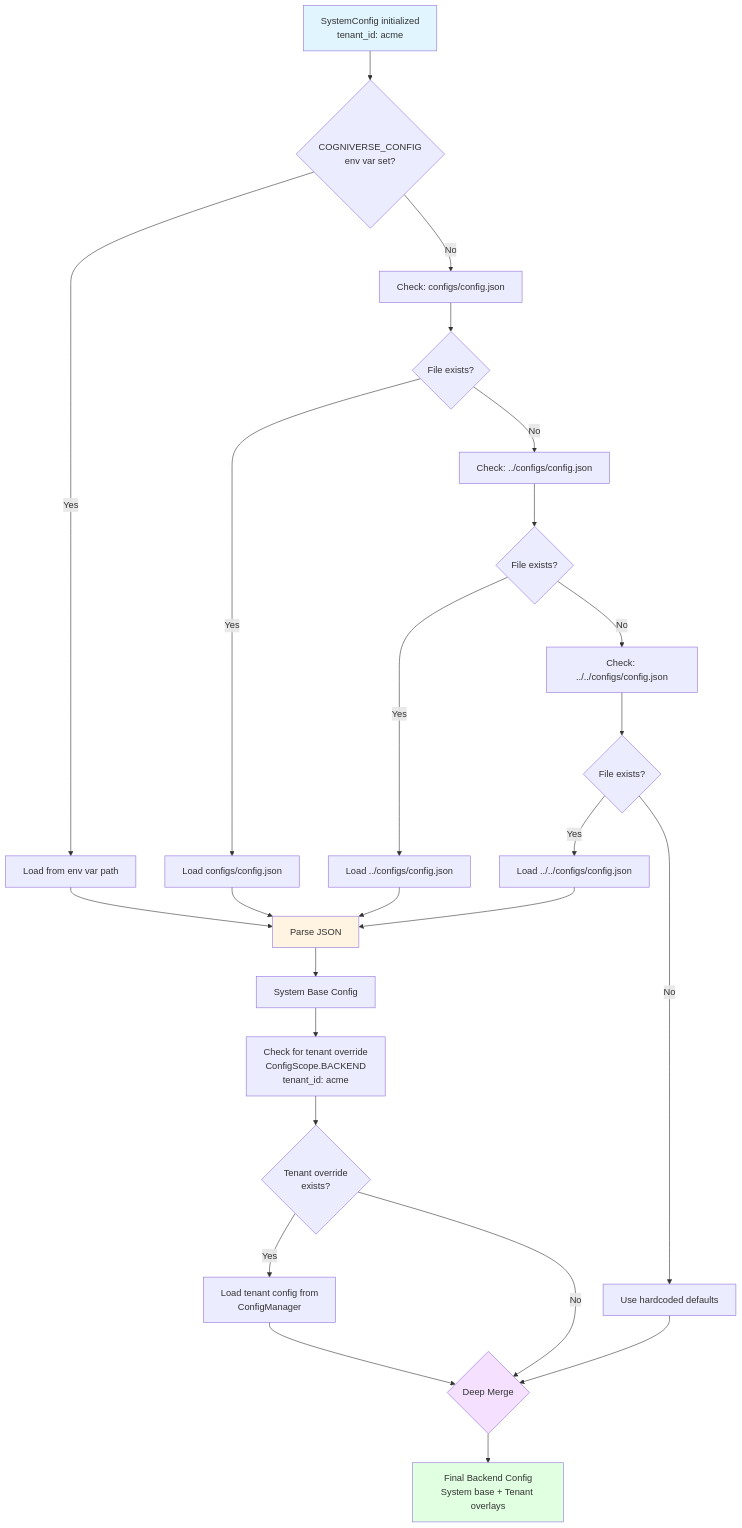
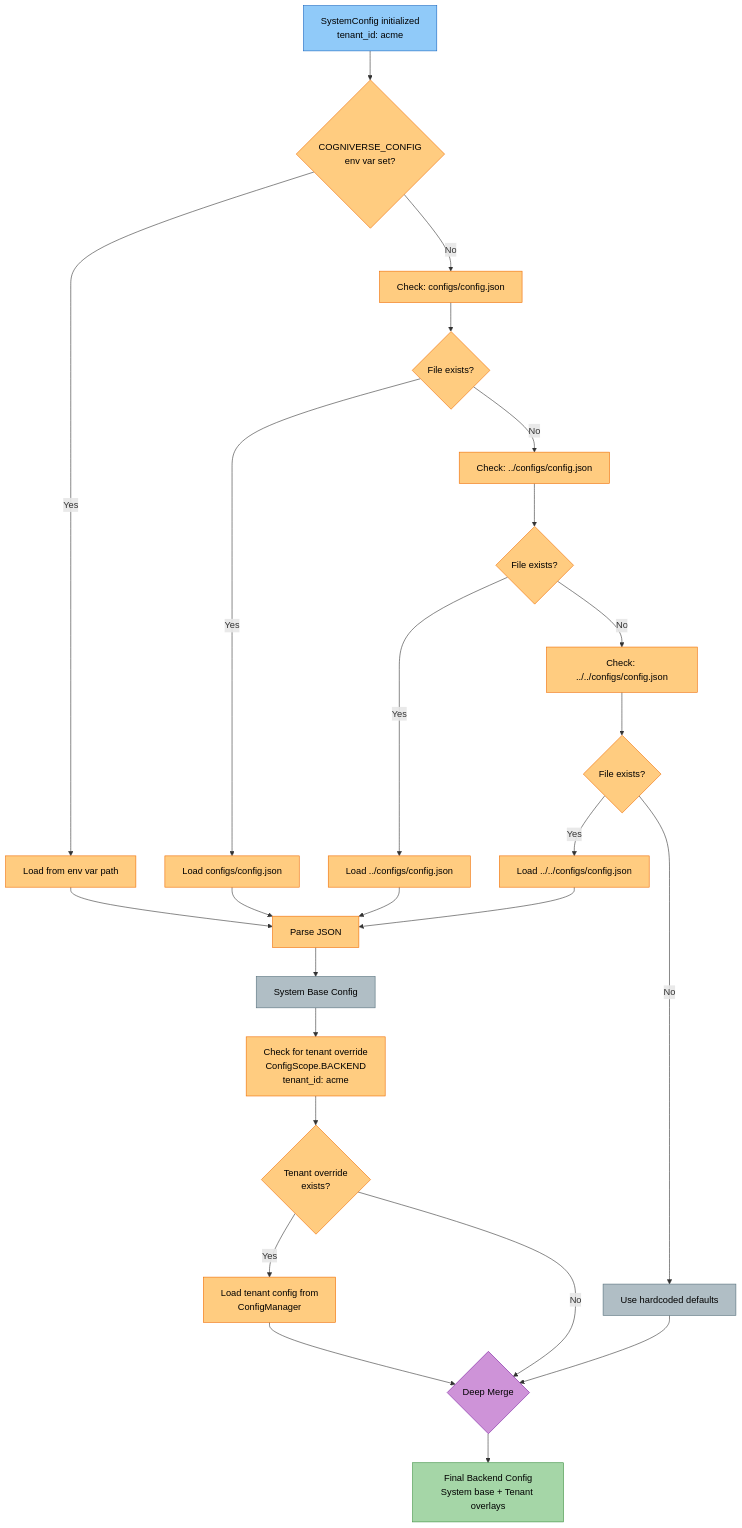
One commit to amit-jain/cogniverse changed the first of 9 diagrams in docs/modules/backends.md. Above: the diagram before and after it, drawn with Mermaid. The commit also changed other lines of this file and 83 other files, not shown here.

First line of the commit message:
Fix documentation veracity, formatting, and diagrams across all modules

````diff
--- a/docs/modules/backends.md
+++ b/docs/modules/backends.md
@@ -123,42 +137,58 @@
 ```mermaid
 flowchart TD
-    Start[SystemConfig initialized<br/>tenant_id: acme] --> CheckEnv{COGNIVERSE_CONFIG<br/>env var set?}
+    Start["<span style='color:#000'>SystemConfig initialized<br/>tenant_id: acme</span>"] --> CheckEnv{"<span style='color:#000'>COGNIVERSE_CONFIG<br/>env var set?</span>"}
 
-    CheckEnv -->|Yes| LoadEnv[Load from env var path]
-    CheckEnv -->|No| Check1[Check: configs/config.json]
+    CheckEnv -->|Yes| LoadEnv["<span style='color:#000'>Load from env var path</span>"]
+    CheckEnv -->|No| Check1["<span style='color:#000'>Check: configs/config.json</span>"]
 
-    Check1 --> Exists1{File exists?}
-    Exists1 -->|Yes| Load1[Load configs/config.json]
-    Exists1 -->|No| Check2[Check: ../configs/config.json]
+    Check1 --> Exists1{"<span style='color:#000'>File exists?</span>"}
+    Exists1 -->|Yes| Load1["<span style='color:#000'>Load configs/config.json</span>"]
+    Exists1 -->|No| Check2["<span style='color:#000'>Check: ../configs/config.json</span>"]
 
-    Check2 --> Exists2{File exists?}
-    Exists2 -->|Yes| Load2[Load ../configs/config.json]
-    Exists2 -->|No| Check3[Check: ../../configs/config.json]
+    Check2 --> Exists2{"<span style='color:#000'>File exists?</span>"}
+    Exists2 -->|Yes| Load2["<span style='color:#000'>Load ../configs/config.json</span>"]
+    Exists2 -->|No| Check3["<span style='color:#000'>Check: ../../configs/config.json</span>"]
 
-    Check3 --> Exists3{File exists?}
-    Exists3 -->|Yes| Load3[Load ../../configs/config.json]
-    Exists3 -->|No| UseDefaults[Use hardcoded defaults]
+    Check3 --> Exists3{"<span style='color:#000'>File exists?</span>"}
+    Exists3 -->|Yes| Load3["<span style='color:#000'>Load ../../configs/config.json</span>"]
+    Exists3 -->|No| UseDefaults["<span style='color:#000'>Use hardcoded defaults</span>"]
 
-    LoadEnv --> Parse[Parse JSON]
+    LoadEnv --> Parse["<span style='color:#000'>Parse JSON</span>"]
     Load1 --> Parse
     Load2 --> Parse
     Load3 --> Parse
     UseDefaults --> Merge
 
-    Parse --> SystemBase[System Base Config]
-    SystemBase --> GetTenantOverride[Check for tenant override<br/>ConfigScope.BACKEND<br/>tenant_id: acme]
+    Parse --> SystemBase["<span style='color:#000'>System Base Config</span>"]
+    SystemBase --> GetTenantOverride["<span style='color:#000'>Check for tenant override<br/>ConfigScope.BACKEND<br/>tenant_id: acme</span>"]
 
-    GetTenantOverride --> HasOverride{Tenant override<br/>exists?}
+    GetTenantOverride --> HasOverride{"<span style='color:#000'>Tenant override<br/>exists?</span>"}
 
-    HasOverride -->|Yes| LoadOverride[Load tenant config from<br/>ConfigManager]
-    HasOverride -->|No| Merge{Deep Merge}
+    HasOverride -->|Yes| LoadOverride["<span style='color:#000'>Load tenant config from<br/>ConfigManager</span>"]
+    HasOverride -->|No| Merge{"<span style='color:#000'>Deep Merge</span>"}
 
     LoadOverride --> Merge
 
-    Merge --> FinalConfig[Final Backend Config<br/>System base + Tenant overlays]
+    Merge --> FinalConfig["<span style='color:#000'>Final Backend Config<br/>System base + Tenant overlays</span>"]
 
-    style Start fill:#e1f5ff
-    style FinalConfig fill:#e1ffe1
-    style Merge fill:#f5e1ff
-    style Parse fill:#fff4e1
+    style Start fill:#90caf9,stroke:#1565c0,color:#000
+    style CheckEnv fill:#ffcc80,stroke:#ef6c00,color:#000
+    style LoadEnv fill:#ffcc80,stroke:#ef6c00,color:#000
+    style Check1 fill:#ffcc80,stroke:#ef6c00,color:#000
+    style Check2 fill:#ffcc80,stroke:#ef6c00,color:#000
+    style Check3 fill:#ffcc80,stroke:#ef6c00,color:#000
+    style Exists1 fill:#ffcc80,stroke:#ef6c00,color:#000
+    style Exists2 fill:#ffcc80,stroke:#ef6c00,color:#000
+    style Exists3 fill:#ffcc80,stroke:#ef6c00,color:#000
+    style Load1 fill:#ffcc80,stroke:#ef6c00,color:#000
+    style Load2 fill:#ffcc80,stroke:#ef6c00,color:#000
+    style Load3 fill:#ffcc80,stroke:#ef6c00,color:#000
+    style UseDefaults fill:#b0bec5,stroke:#546e7a,color:#000
+    style Parse fill:#ffcc80,stroke:#ef6c00,color:#000
+    style SystemBase fill:#b0bec5,stroke:#546e7a,color:#000
+    style GetTenantOverride fill:#ffcc80,stroke:#ef6c00,color:#000
+    style HasOverride fill:#ffcc80,stroke:#ef6c00,color:#000
+    style LoadOverride fill:#ffcc80,stroke:#ef6c00,color:#000
+    style Merge fill:#ce93d8,stroke:#7b1fa2,color:#000
+    style FinalConfig fill:#a5d6a7,stroke:#388e3c,color:#000
 ```
````
